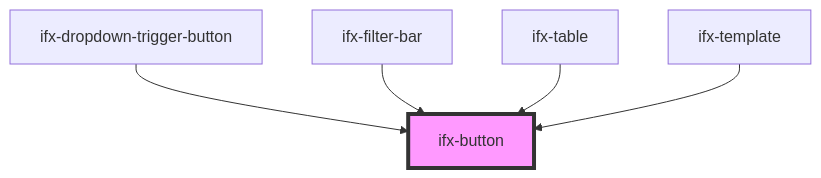
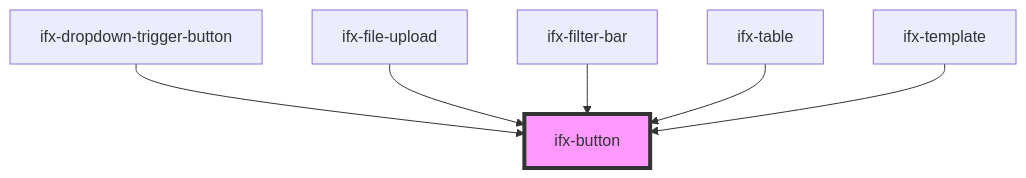
Before and after one commit to Infineon/infineon-design-system-stencil: the diagram in packages/components/src/components/button/readme.md, drawn with Mermaid. The commit also changed other lines of this file and 6 other files, not shown here.

````diff
--- a/packages/components/src/components/button/readme.md
+++ b/packages/components/src/components/button/readme.md
@@ -46,8 +47,9 @@
 ```mermaid
 graph TD;
   ifx-dropdown-trigger-button --> ifx-button
+  ifx-file-upload --> ifx-button
   ifx-filter-bar --> ifx-button
   ifx-table --> ifx-button
   ifx-template --> ifx-button
   style ifx-button fill:#f9f,stroke:#333,stroke-width:4px
 ```
````
